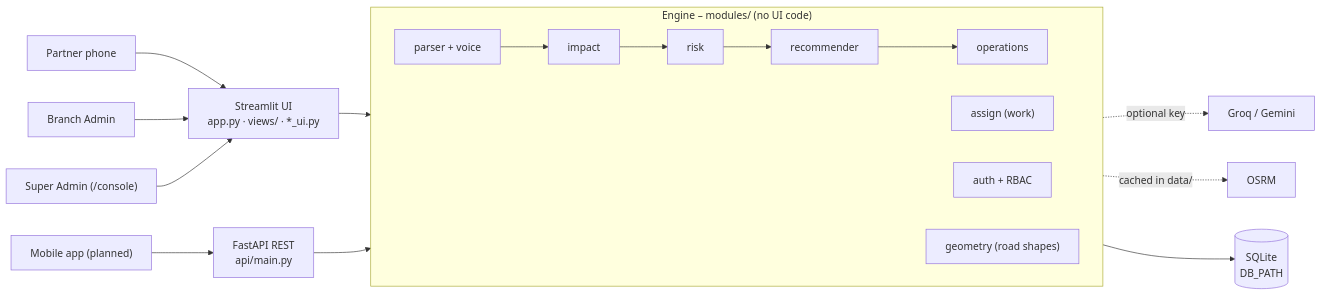
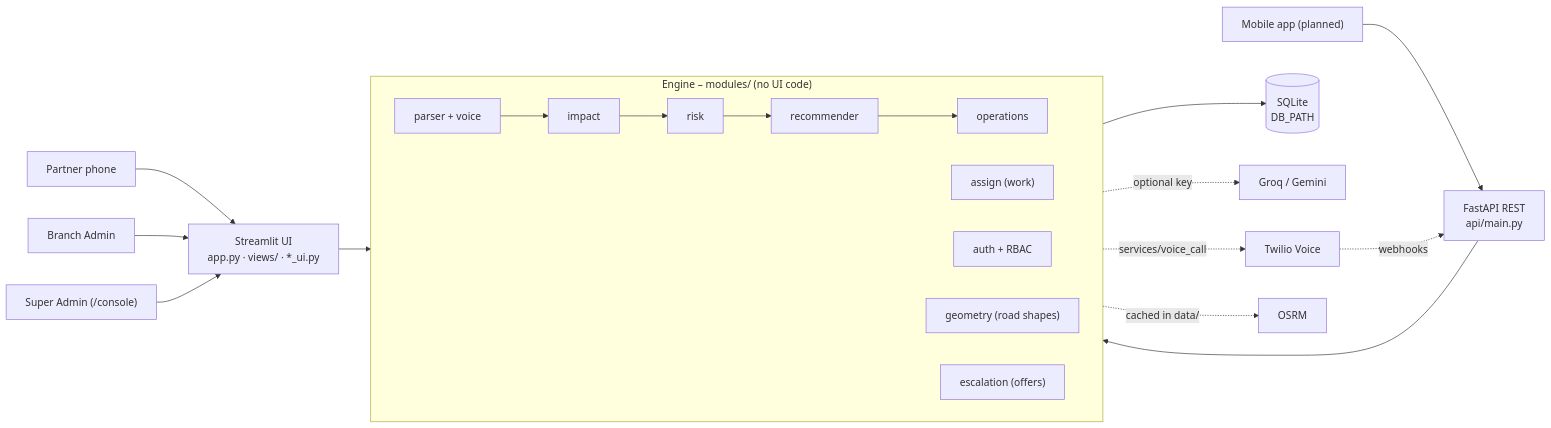
Before and after one commit to vaiu0412/hack_inovix: the diagram in README.md, drawn with Mermaid. The commit also changed other lines of this file and 5 other files, not shown here.

Commit message:
Docs and config for the AI call: AI_CALL.md, keys, API service in compose

````diff
--- a/README.md
+++ b/README.md
@@ -30,19 +30,22 @@
 ```mermaid
 flowchart LR
     partner["Partner phone"] --> ui
     admin["Branch Admin"] --> ui
     superadmin["Super Admin (/console)"] --> ui
     mobile["Mobile app (planned)"] --> api
     ui["Streamlit UI<br/>app.py · views/ · *_ui.py"] --> engine
     api["FastAPI REST<br/>api/main.py"] --> engine
     subgraph engine["Engine – modules/ (no UI code)"]
         direction LR
         parser["parser + voice"] --> impact --> risk --> recommender --> operations
         assign["assign (work)"]
         auth["auth + RBAC"]
         geometry["geometry (road shapes)"]
+        escalation["escalation (offers)"]
     end
     engine --> db[("SQLite<br/>DB_PATH")]
     parser -. "optional key" .-> llm["Groq / Gemini"]
+    escalation -. "services/voice_call" .-> twilio["Twilio Voice"]
+    twilio -. "webhooks" .-> api
     geometry -. "cached in data/" .-> osrm["OSRM"]
 ```
````
